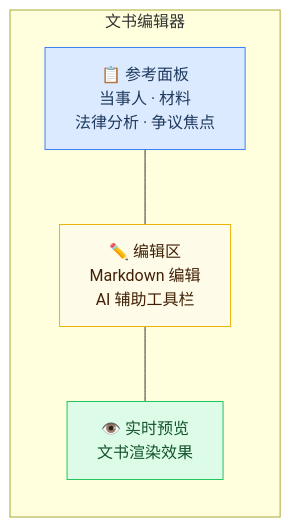
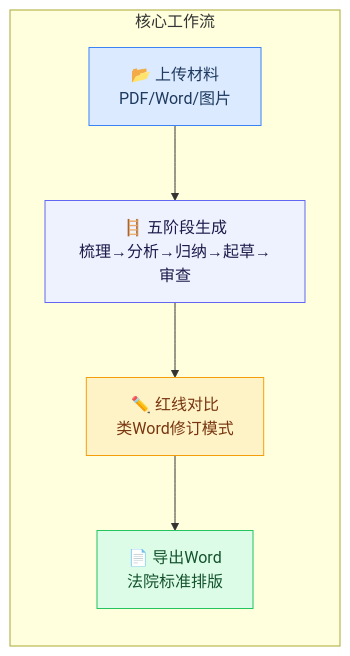
One commit to StanlySGY/LegalDocGen changed the first of 6 diagrams in README.md. Above: the diagram before and after it, drawn with Mermaid. The commit also changed other lines of this file and 6 other files, not shown here.

````diff
--- a/README.md
+++ b/README.md
@@ -7,9 +12,12 @@
 ```mermaid
 graph LR
-    subgraph 文书编辑器
-        A["📋 参考面板<br/>当事人 · 材料<br/>法律分析 · 争议焦点"] --- B["✏️ 编辑区<br/>Markdown 编辑<br/>AI 辅助工具栏"] --- C["👁️ 实时预览<br/>文书渲染效果"]
+    subgraph 核心工作流
+        A["📂 上传材料<br/>PDF/Word/图片"] --> B["🪜 五阶段生成<br/>梳理→分析→归纳→起草→审查"]
+        B --> C["✏️ 红线对比<br/>类Word修订模式"]
+        C --> D["📄 导出Word<br/>法院标准排版"]
     end
     style A fill:#dbeafe,stroke:#3b82f6,color:#1e3a5f
-    style B fill:#fefce8,stroke:#eab308,color:#422006
-    style C fill:#dcfce7,stroke:#22c55e,color:#14532d
+    style B fill:#eef2ff,stroke:#6366f1,color:#1e1b4b
+    style C fill:#fef3c7,stroke:#f59e0b,color:#78350f
+    style D fill:#dcfce7,stroke:#22c55e,color:#14532d
 ```
````
